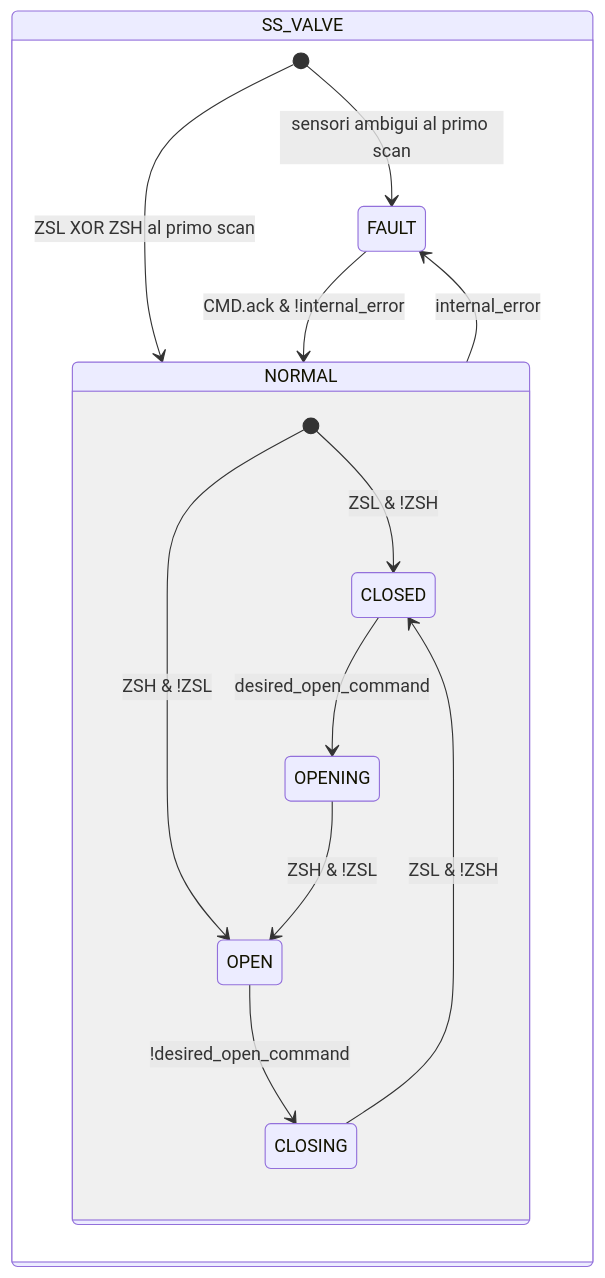
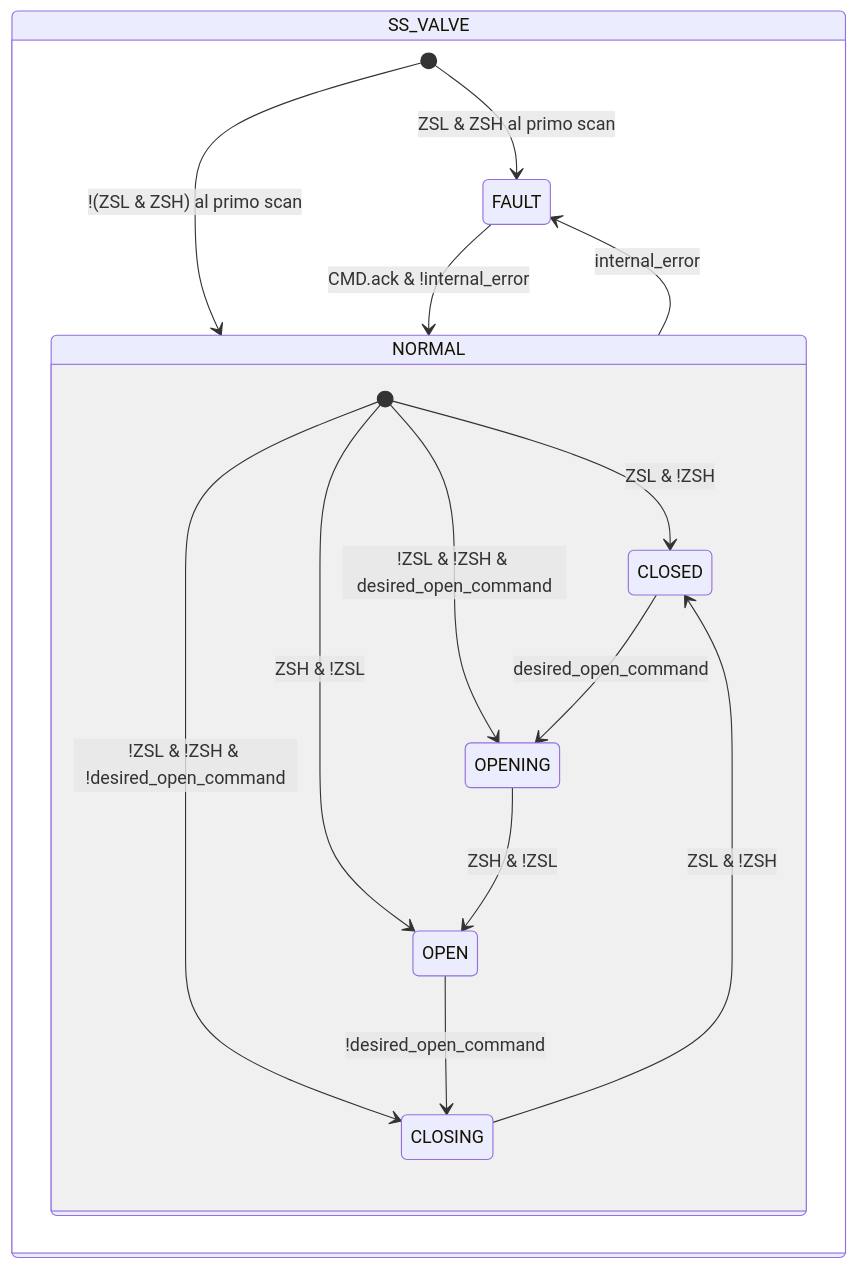
One commit to AleFire99/TIA_knowledge changed the second of 2 diagrams in docs/it/library/valves/butterfly/single_solenoid/index.md. Above: the diagram before and after it, drawn with Mermaid. The commit also changed other lines of this file and 13 other files, not shown here.

````diff
--- a/docs/it/library/valves/butterfly/single_solenoid/index.md
+++ b/docs/it/library/valves/butterfly/single_solenoid/index.md
@@ -105,20 +105,22 @@
 ```mermaid
 stateDiagram-v2
 state SS_VALVE{
-    [*] --> NORMAL : ZSL XOR ZSH al primo scan
-    [*] --> FAULT : sensori ambigui al primo scan
+    [*] --> NORMAL : !(ZSL & ZSH) al primo scan
+    [*] --> FAULT : ZSL & ZSH al primo scan
 
     NORMAL --> FAULT : internal_error
     FAULT --> NORMAL : CMD.ack & !internal_error
 
     state NORMAL {
         [*] --> CLOSED : ZSL & !ZSH
         [*] --> OPEN : ZSH & !ZSL
+        [*] --> OPENING : !ZSL & !ZSH & desired_open_command
+        [*] --> CLOSING : !ZSL & !ZSH & !desired_open_command
 
         CLOSED --> OPENING : desired_open_command
         OPENING --> OPEN : ZSH & !ZSL
         OPEN --> CLOSING : !desired_open_command
         CLOSING --> CLOSED : ZSL & !ZSH
     }
 }
 ```
````
